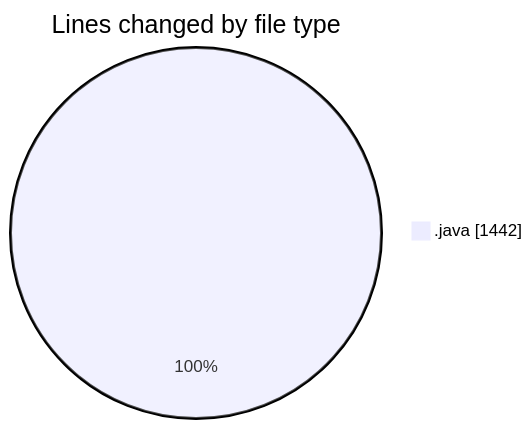
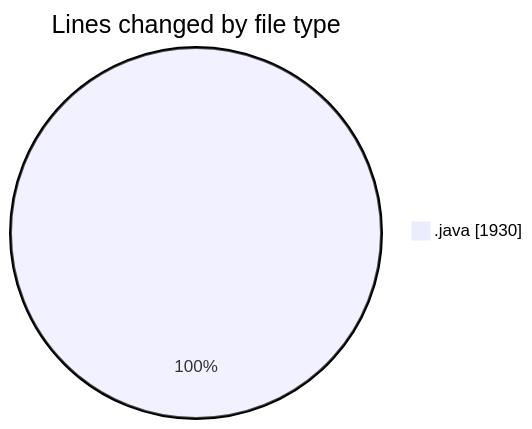
One commit to Elitesun/code-tracking changed the first of 2 diagrams in 2025-02-20/projet/README.md. Above: the diagram before and after it, drawn with Mermaid. The commit also changed other lines of this file and 1 other file, not shown here.

````diff
--- a/2025-02-20/projet/README.md
+++ b/2025-02-20/projet/README.md
@@ -26,5 +28,5 @@
 ```mermaid
 pie showData
 title Lines changed by file type
-".java" : 1442
+".java" : 1930
 ```
````
